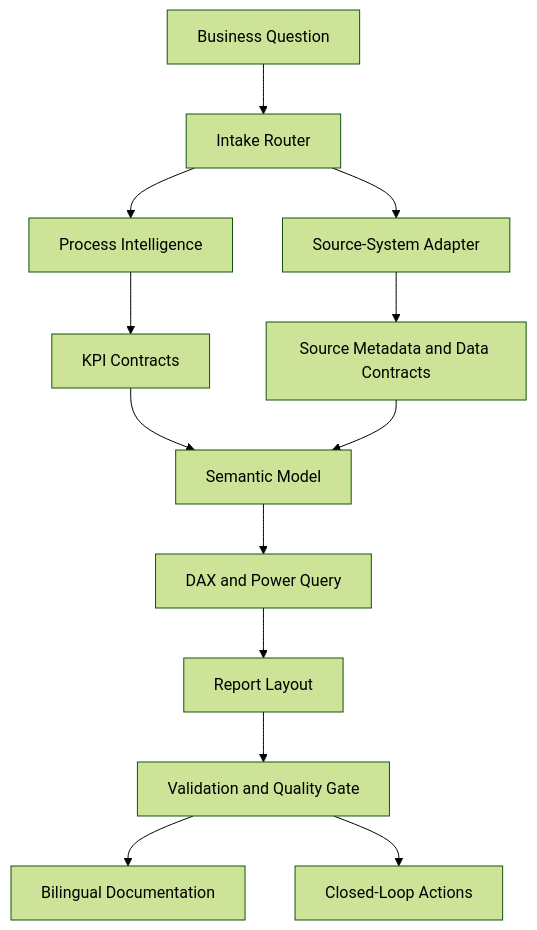
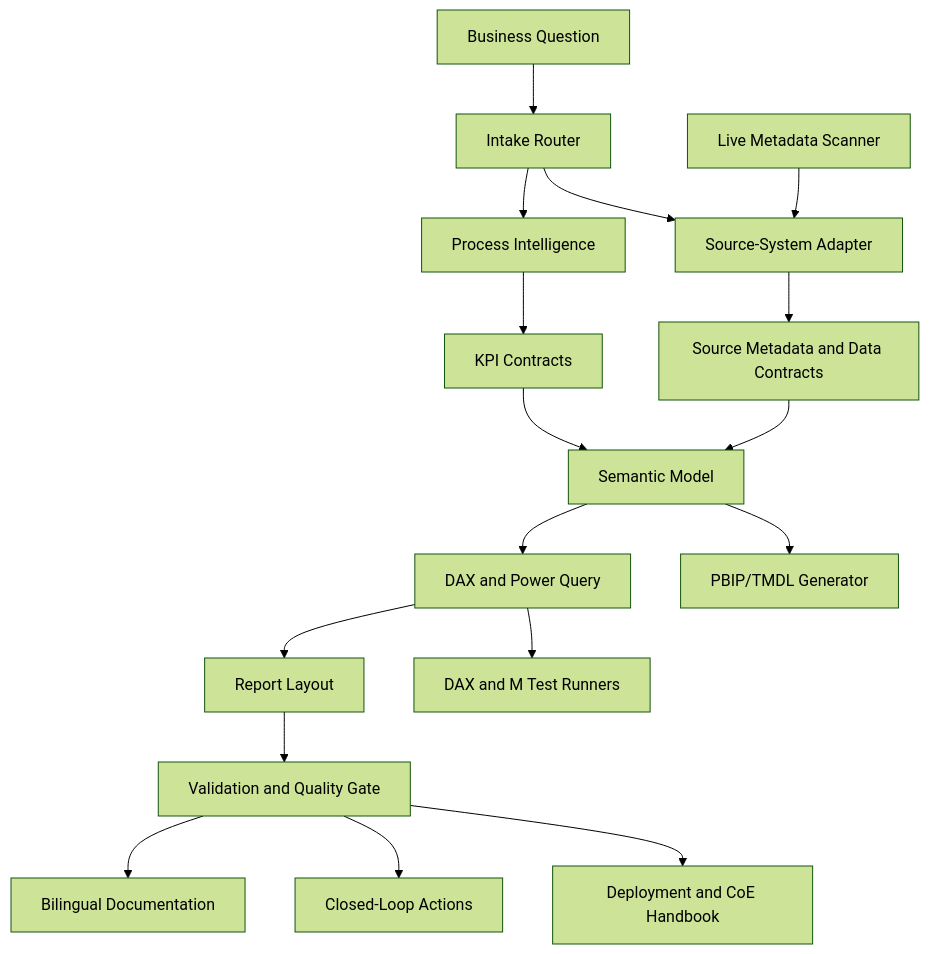
One commit to rweisssieker-xp/PowerBi-Codex-Plugin changed the diagram in docs/ARCHITECTURE.md. Above: the diagram before and after it, drawn with Mermaid (forest theme). The commit also changed other lines of this file and 45 other files, not shown here.

````diff
--- a/docs/ARCHITECTURE.md
+++ b/docs/ARCHITECTURE.md
@@ -5,15 +5,19 @@
 ```mermaid
 flowchart TB
     A["Business Question"] --> B["Intake Router"]
     B --> C["Process Intelligence"]
     B --> D["Source-System Adapter"]
     C --> E["KPI Contracts"]
     D --> F["Source Metadata and Data Contracts"]
     E --> G["Semantic Model"]
     F --> G
     G --> H["DAX and Power Query"]
     H --> I["Report Layout"]
     I --> J["Validation and Quality Gate"]
     J --> K["Bilingual Documentation"]
     J --> L["Closed-Loop Actions"]
+    M["Live Metadata Scanner"] --> D
+    G --> N["PBIP/TMDL Generator"]
+    H --> O["DAX and M Test Runners"]
+    J --> P["Deployment and CoE Handbook"]
 ```
````
